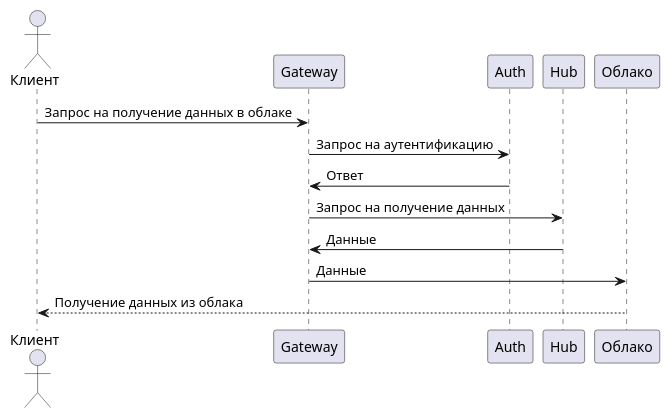
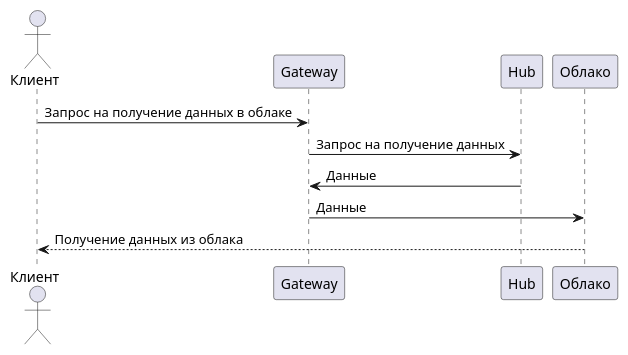
The diagram in diagrams/basicScenaryHla/basic-scenary-hla.puml (SPBU-gateway/artefacts), drawn with PlantUML before and after one commit.

```diff
--- a/diagrams/basicScenaryHla/basic-scenary-hla.puml
+++ b/diagrams/basicScenaryHla/basic-scenary-hla.puml
@@ -1,15 +1,12 @@
 @startuml
 actor Клиент as user
 participant Gateway as gateway
-participant Auth as auth
 participant Hub as hub
 participant Облако as cloud
 
 user -> gateway: Запрос на получение данных в облаке
-gateway -> auth: Запрос на аутентификацию
-auth -> gateway: Ответ
 gateway -> hub: Запрос на получение данных
 hub -> gateway: Данные
 gateway -> cloud: Данные
 cloud --> user: Получение данных из облака
 @enduml
```
